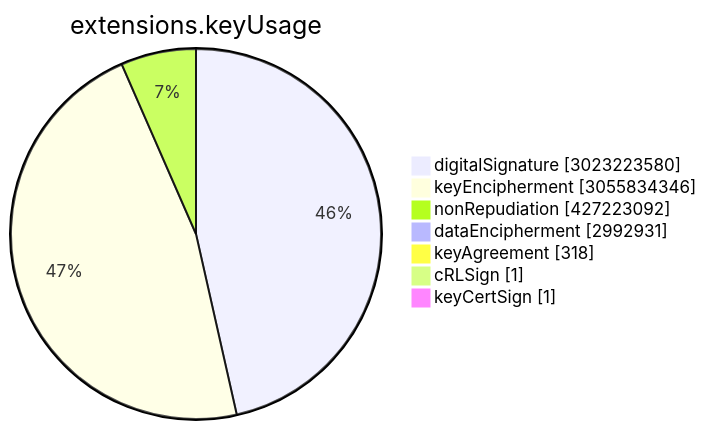
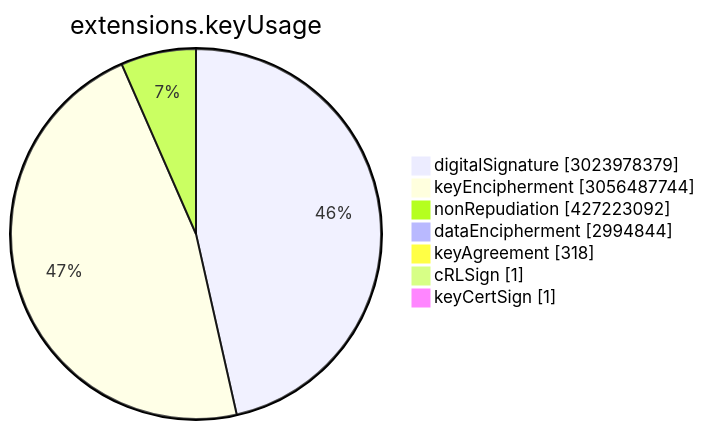
One commit to christiankrug/ctmonitor_visualization changed the sixth of 15 diagrams in TOTAL/README.md. Above: the diagram before and after it, drawn with Mermaid. The commit also changed other lines of this file, not shown here.

````diff
--- a/TOTAL/README.md
+++ b/TOTAL/README.md
@@ -3075,11 +3075,11 @@
 ```mermaid
 pie showData
 title extensions.keyUsage
-"digitalSignature" :3023223580
-"keyEncipherment" :3055834346
+"digitalSignature" :3023978379
+"keyEncipherment" :3056487744
 "nonRepudiation" :427223092
-"dataEncipherment" :2992931
+"dataEncipherment" :2994844
 "keyAgreement" :318
 "cRLSign" :1
 "keyCertSign" :1
 ```
````
